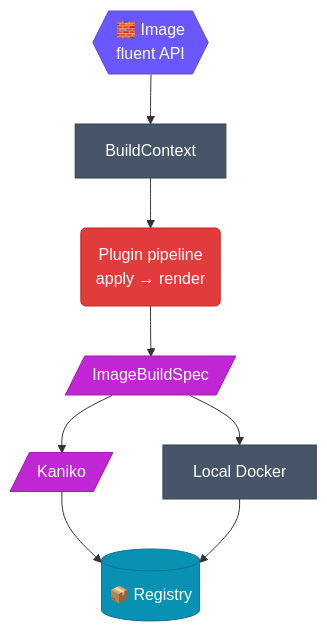
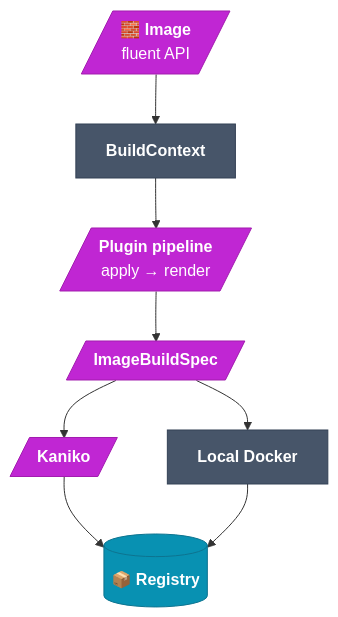
Before and after one commit to JetBrains-Research/idegym: the diagram in website/docs/architecture/image-builder.md, drawn with Mermaid. The commit also changed 10 other files, not shown here.

First line of the commit message:
[JBRes-9938] diagrams: unify colors/shapes, bold titles, real tooltips, legend

````diff
--- a/website/docs/architecture/image-builder.md
+++ b/website/docs/architecture/image-builder.md
@@ -16,27 +16,25 @@
 ```mermaid
 flowchart TB
-    img{{"🧱 Image<br/>fluent API"}}:::ctrl
-    ctx["BuildContext"]:::infra
-    plugins("Plugin pipeline<br/>apply → render"):::tool
-    spec[/"ImageBuildSpec"/]:::build
-    kaniko[/"Kaniko"/]:::build
-    docker["Local Docker"]:::infra
-    reg[("📦 Registry")]:::store
+    img[/"<b>🧱 Image</b><br/>fluent API"/]:::build
+    ctx["<b>BuildContext</b>"]:::infra
+    plugins[/"<b>Plugin pipeline</b><br/>apply → render"/]:::build
+    spec[/"<b>ImageBuildSpec</b>"/]:::build
+    kaniko[/"<b>Kaniko</b>"/]:::build
+    docker["<b>Local Docker</b>"]:::infra
+    reg[("<b>📦 Registry</b>")]:::store
 
     img --> ctx --> plugins --> spec
     spec --> kaniko --> reg
     spec --> docker --> reg
 
-    classDef ctrl fill:#6b57ff,stroke:#5b4bd2,color:#fff;
+    classDef build fill:#c026d3,stroke:#a21caf,color:#fff;
     classDef infra fill:#475569,stroke:#334155,color:#fff;
-    classDef tool fill:#e23b3b,stroke:#c02626,color:#fff;
-    classDef build fill:#c026d3,stroke:#a21caf,color:#fff;
     classDef store fill:#0891b2,stroke:#0e7490,color:#fff;
 
-    click img "https://github.com/JetBrains-Research/idegym/blob/main/image-builder/src/idegym/image/builder.py" "Image fluent API source"
-    click plugins "https://github.com/JetBrains-Research/idegym/blob/main/plugins/defaults/src/idegym/plugins/defaults/image.py" "Built-in image plugins source"
-    click ctx "https://github.com/JetBrains-Research/idegym/blob/main/api/src/idegym/api/plugin.py" "BuildContext source"
-    click spec "https://github.com/JetBrains-Research/idegym/blob/main/api/src/idegym/api/image_build.py" "ImageBuildSpec source"
-    click docker "https://github.com/JetBrains-Research/idegym/blob/main/image-builder/src/idegym/image/docker_api.py" "Docker build source"
-    click kaniko "https://github.com/JetBrains-Research/idegym/blob/main/backend-utils/src/idegym/backend/utils/kubernetes_client.py" "Kaniko submit source"
+    click img "https://github.com/JetBrains-Research/idegym/blob/main/image-builder/src/idegym/image/builder.py" "View the Image fluent-API source on GitHub."
+    click plugins "https://github.com/JetBrains-Research/idegym/blob/main/plugins/defaults/src/idegym/plugins/defaults/image.py" "Browse the built-in image plugins on GitHub."
+    click ctx "https://github.com/JetBrains-Research/idegym/blob/main/api/src/idegym/api/plugin.py" "View the BuildContext source on GitHub."
+    click spec "https://github.com/JetBrains-Research/idegym/blob/main/api/src/idegym/api/image_build.py" "View the ImageBuildSpec model on GitHub."
+    click docker "https://github.com/JetBrains-Research/idegym/blob/main/image-builder/src/idegym/image/docker_api.py" "View the local Docker build source on GitHub."
+    click kaniko "https://github.com/JetBrains-Research/idegym/blob/main/backend-utils/src/idegym/backend/utils/kubernetes_client.py" "View the Kaniko submit source on GitHub."
 ```
````
